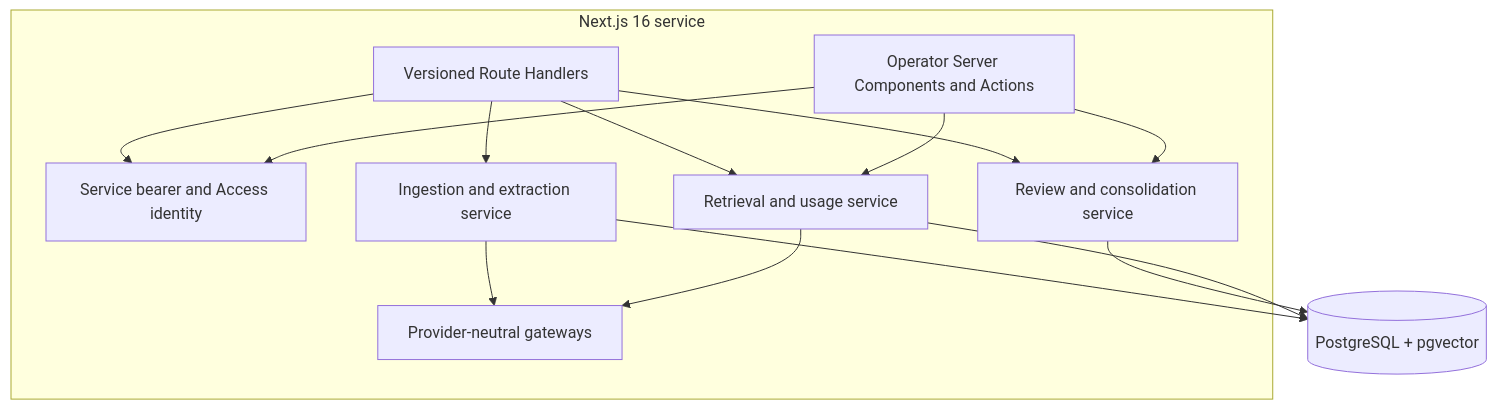
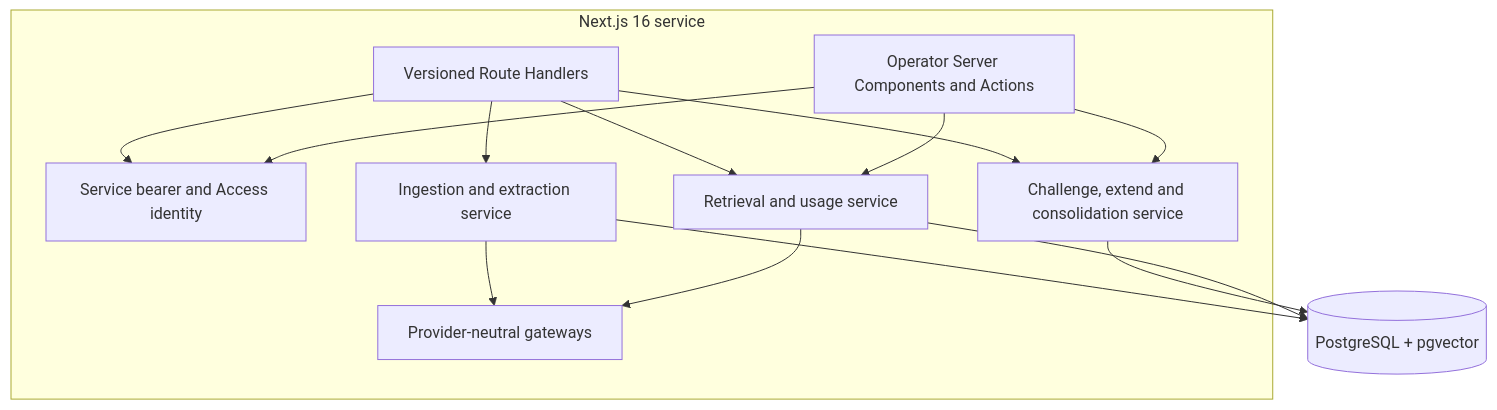
Before and after one commit to aminhaiqal/axelyn-knowledge: the diagram in docs/architecture.md, drawn with Mermaid. The commit also changed other lines of this file and 46 other files, not shown here.

````diff
--- a/docs/architecture.md
+++ b/docs/architecture.md
@@ -13,24 +13,24 @@
 ```mermaid
 flowchart TB
   subgraph Next[Next.js 16 service]
     Routes[Versioned Route Handlers]
     Admin[Operator Server Components and Actions]
     Auth[Service bearer and Access identity]
     Ingest[Ingestion and extraction service]
-    Review[Review and consolidation service]
+    Operations[Challenge, extend and consolidation service]
     Retrieval[Retrieval and usage service]
     Gateways[Provider-neutral gateways]
   end
   Routes --> Auth
   Admin --> Auth
   Routes --> Ingest
-  Routes --> Review
+  Routes --> Operations
   Routes --> Retrieval
-  Admin --> Review
+  Admin --> Operations
   Admin --> Retrieval
   Ingest --> Gateways
   Retrieval --> Gateways
   Ingest --> DB[(PostgreSQL + pgvector)]
-  Review --> DB
+  Operations --> DB
   Retrieval --> DB
 ```
````
